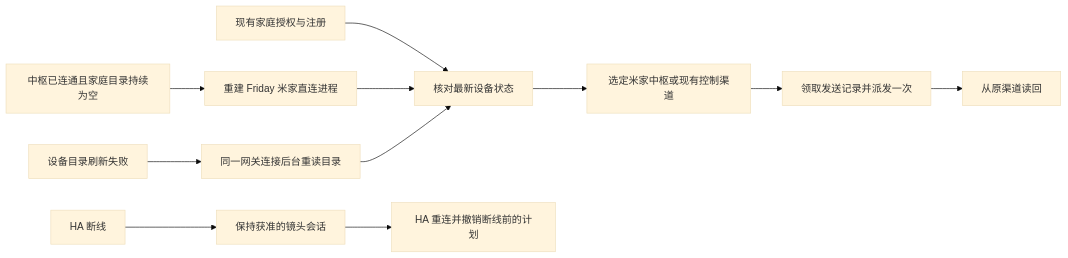
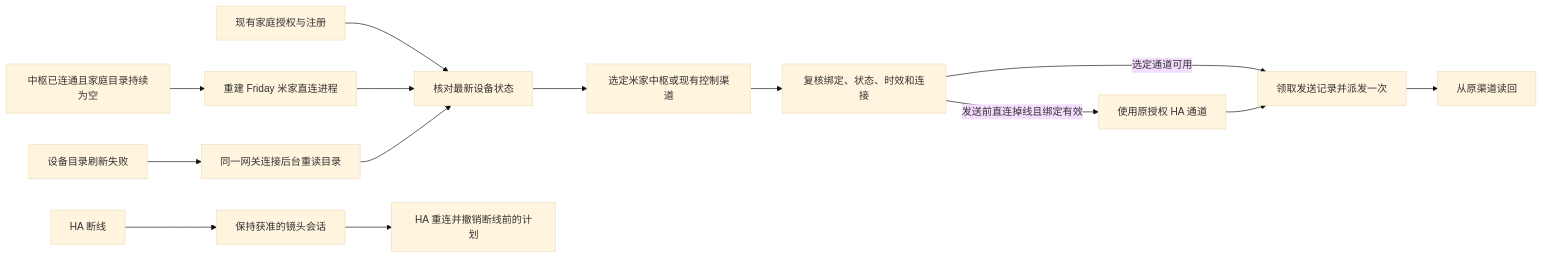
One commit to Geeprox/Friday changed the third of 38 diagrams in docs/architecture.md. Above: the diagram before and after it, drawn with Mermaid (base theme). The commit also changed other lines of this file and 5 other files, not shown here.

````diff
--- a/docs/architecture.md
+++ b/docs/architecture.md
@@ -94,13 +95,16 @@
 ```mermaid
 flowchart LR
   A[现有家庭授权与注册] --> B[核对最新设备状态]
   B --> C[选定米家中枢或现有控制渠道]
-  C --> D[领取发送记录并派发一次]
+  C --> M[复核绑定、状态、时效和连接]
+  M -->|发送前直连掉线且绑定有效| N[使用原授权 HA 通道]
+  M -->|选定通道可用| D[领取发送记录并派发一次]
+  N --> D
   D --> E[从原渠道读回]
   F[HA 断线] --> G[保持获准的镜头会话]
   G --> H[HA 重连并撤销断线前的计划]
   I[中枢已连通且家庭目录持续为空] --> J[重建 Friday 米家直连进程]
   J --> B
   K[设备目录刷新失败] --> L[同一网关连接后台重读目录]
   L --> B
 ```
````
